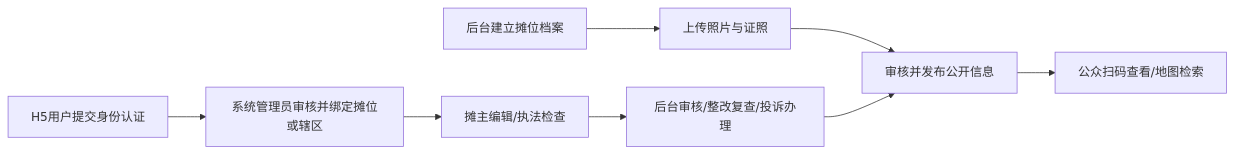
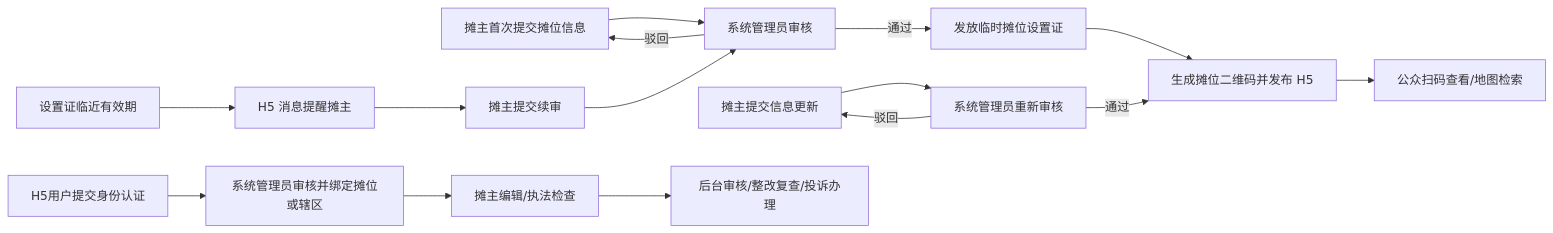
One commit to tangxiaochen755-droid/emattong-prototype changed the diagram in pc-admin-requirements-v2.md. Above: the diagram before and after it, drawn with Mermaid. The commit also changed other lines of this file and 4 other files, not shown here.

````diff
--- a/pc-admin-requirements-v2.md
+++ b/pc-admin-requirements-v2.md
@@ -43,10 +43,17 @@
 ```mermaid
 flowchart LR
-    A[后台建立摊位档案] --> B[上传照片与证照]
-    B --> C[审核并发布公开信息]
-    C --> D[公众扫码查看/地图检索]
+    A[摊主首次提交摊位信息] --> B[系统管理员审核]
+    B -->|通过| C[发放临时摊位设置证]
+    C --> D[生成摊位二维码并发布 H5]
+    D --> E1[公众扫码查看/地图检索]
+    B -->|驳回| A
+    J[摊主提交信息更新] --> K[系统管理员重新审核]
+    K -->|通过| D
+    K -->|驳回| J
+    L[设置证临近有效期] --> M[H5 消息提醒摊主]
+    M --> N[摊主提交续审]
+    N --> B
     E[H5用户提交身份认证] --> F[系统管理员审核并绑定摊位或辖区]
     F --> G[摊主编辑/执法检查]
     G --> H[后台审核/整改复查/投诉办理]
-    H --> C
 ```
````
